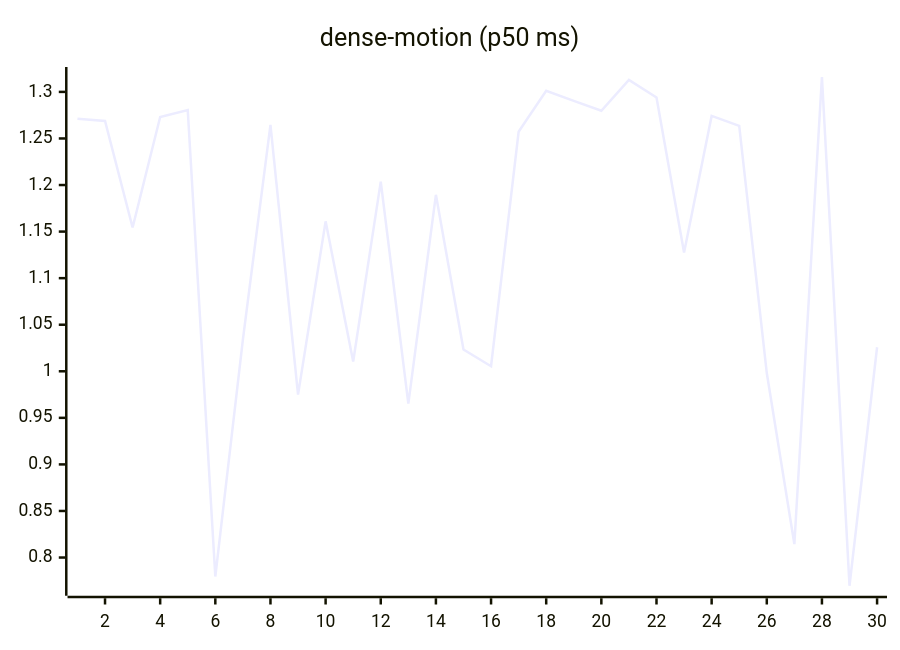
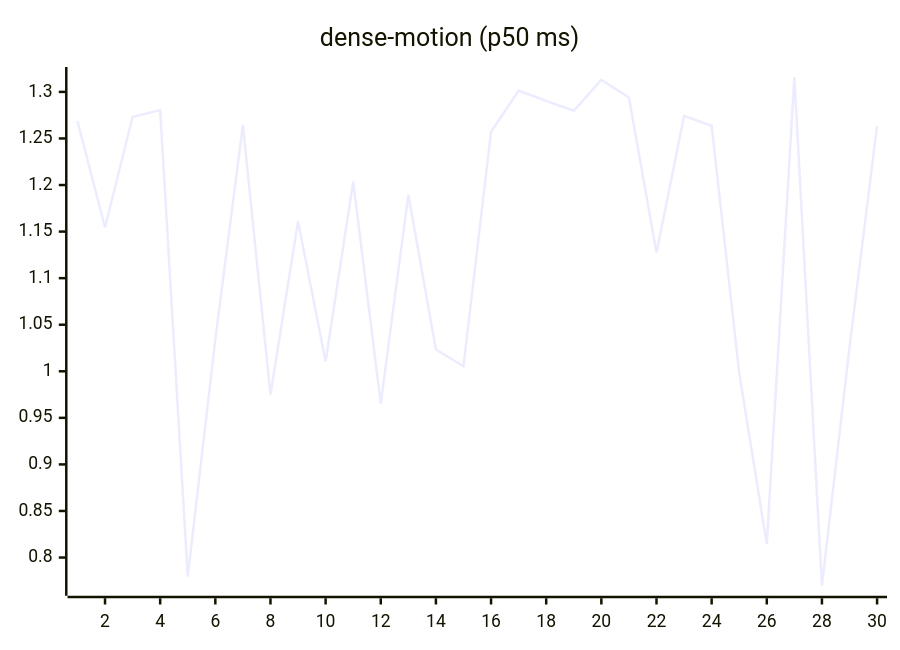
Before and after one commit to josha/Facet: the ninth of 27 diagrams in README.md, drawn with Mermaid. The commit also changed other lines of this file and 2 other files, not shown here.

````diff
--- a/README.md
+++ b/README.md
@@ -119,6 +119,6 @@
 ```mermaid
 xychart-beta
     title "dense-motion (p50 ms)"
     x-axis 1 --> 30
-    line [1.2712, 1.2688, 1.1544, 1.2730, 1.2805, 0.7796, 1.0341, 1.2646, 0.9749, 1.1610, 1.0105, 1.2037, 0.9653, 1.1895, 1.0233, 1.0054, 1.2572, 1.3012, 1.2904, 1.2798, 1.3128, 1.2940, 1.1276, 1.2742, 1.2636, 0.9981, 0.8144, 1.3160, 0.7697, 1.0258]
+    line [1.2688, 1.1544, 1.2730, 1.2805, 0.7796, 1.0341, 1.2646, 0.9749, 1.1610, 1.0105, 1.2037, 0.9653, 1.1895, 1.0233, 1.0054, 1.2572, 1.3012, 1.2904, 1.2798, 1.3128, 1.2940, 1.1276, 1.2742, 1.2636, 0.9981, 0.8144, 1.3160, 0.7697, 1.0258, 1.2636]
 ```
````
